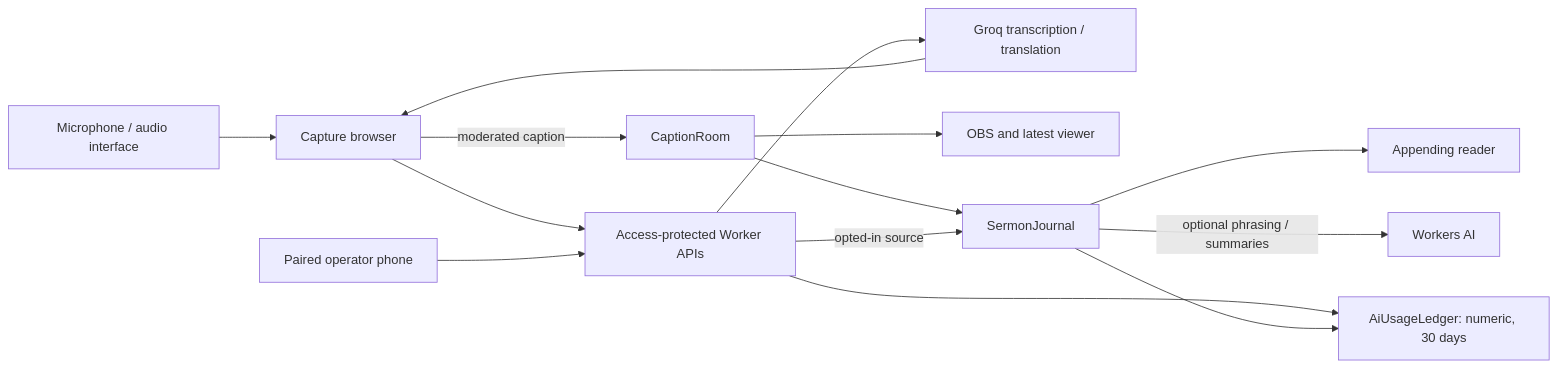
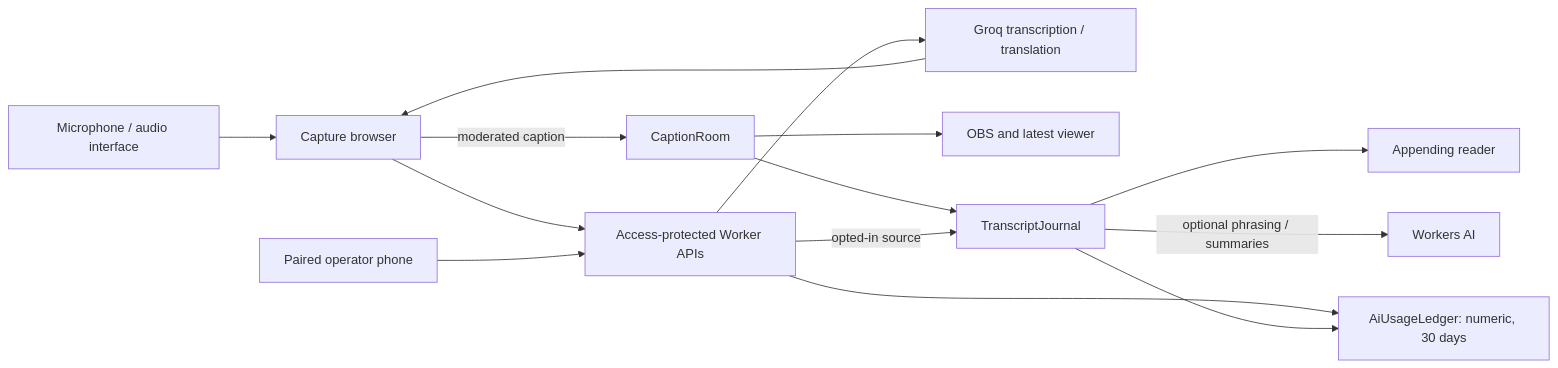
The diagram in README.md (variable-hq/caption-studio), drawn with Mermaid before and after one commit. The commit also changed other lines of this file and 18 other files, not shown here.

First line of the commit message:
refactor(experience): rename SermonJournal to TranscriptJournal with a v4 rename migration

````diff
--- a/README.md
+++ b/README.md
@@ -202,16 +202,16 @@
 ```mermaid
 flowchart LR
   Mic["Microphone / audio interface"] --> Host["Capture browser"]
   Host --> API["Access-protected Worker APIs"]
   API --> Groq["Groq transcription / translation"]
   Groq --> Host
   Host -->|"moderated caption"| Main["CaptionRoom"]
   Phone["Paired operator phone"] --> API
   Main --> OBS["OBS and latest viewer"]
-  Main --> Journal["SermonJournal"]
+  Main --> Journal["TranscriptJournal"]
   API -->|"opted-in source"| Journal
   Journal --> Reader["Appending reader"]
   Journal -->|"optional phrasing / summaries"| AI["Workers AI"]
   API --> Usage["AiUsageLedger: numeric, 30 days"]
   Journal --> Usage
 ```
````
